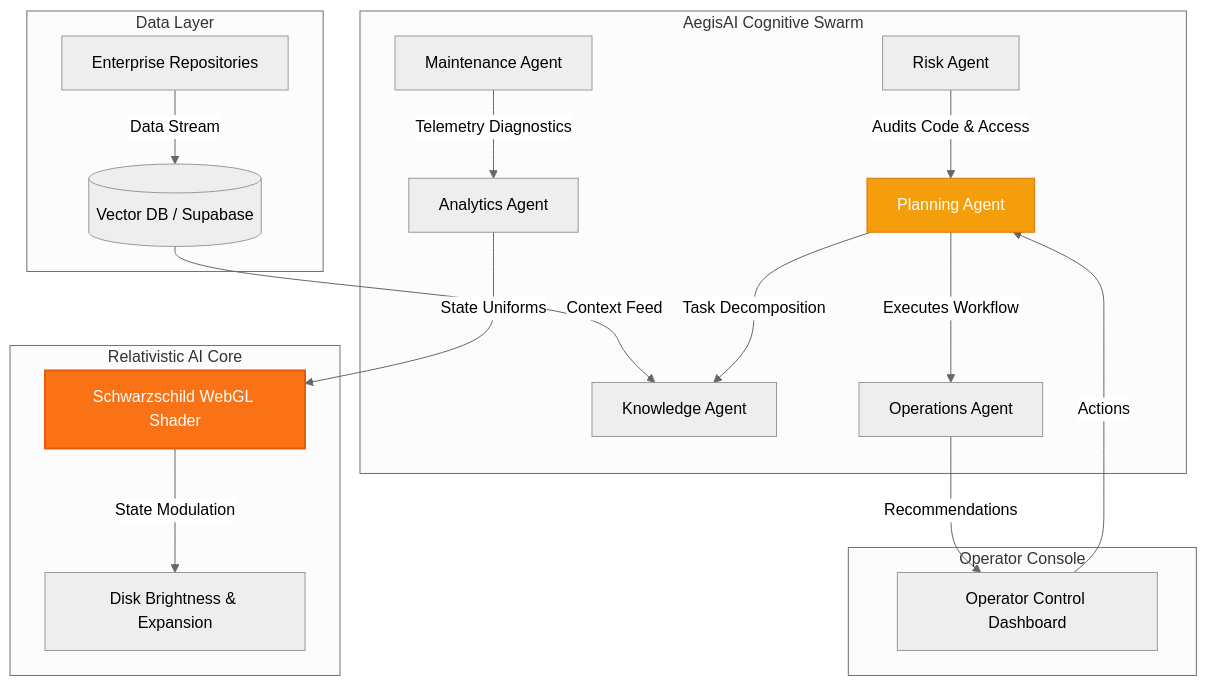
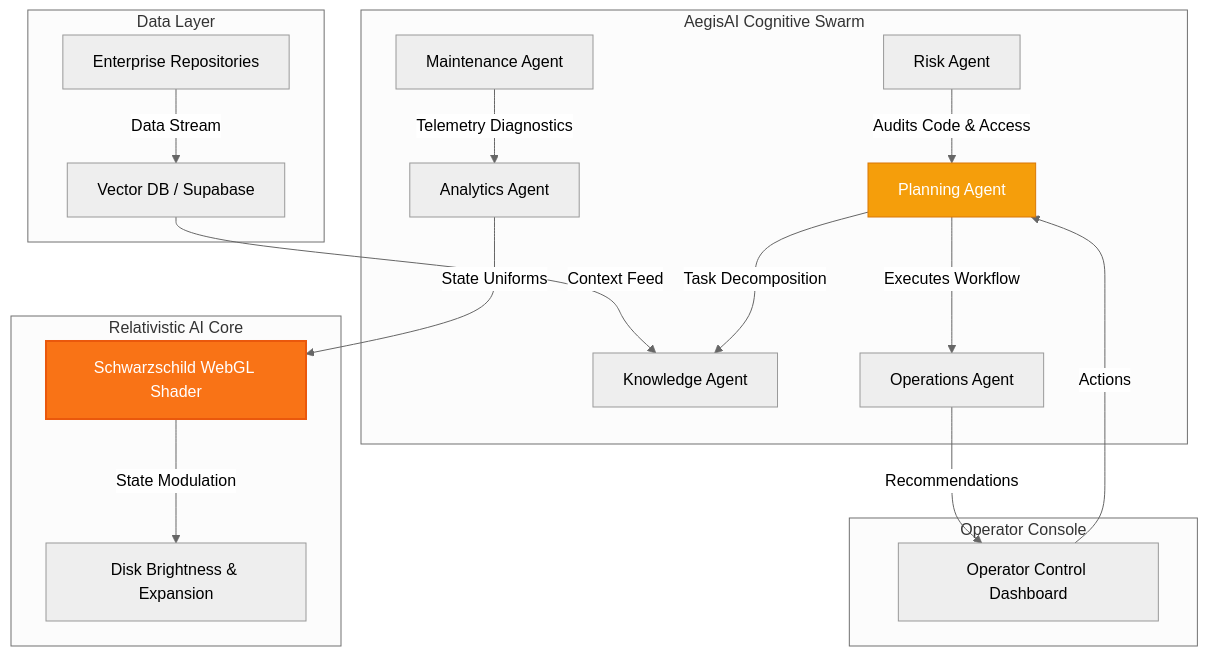
The diagram in README.md (Srujanmirji/aegisAI), drawn with Mermaid (neutral theme) before and after one commit.

Commit message:
docs: fix Mermaid syntax compliance in README.md

````diff
--- a/README.md
+++ b/README.md
@@ -21,27 +21,27 @@
 ```mermaid
 graph TD
     subgraph Data Layer
-        A[Enterprise Repositories] -->|Data Stream| B[(Vector DB / Supabase)]
+        A["Enterprise Repositories"] -->|Data Stream| B["Vector DB / Supabase"]
     end
 
     subgraph AegisAI Cognitive Swarm
-        B -->|Context Feed| C[Knowledge Agent]
-        D[Planning Agent] -->|Task Decomposition| C
-        D -->|Executes Workflow| E[Operations Agent]
-        F[Maintenance Agent] -->|Telemetry Diagnostics| G[Analytics Agent]
-        H[Risk Agent] -->|Audits Code & Access| D
+        B -->|Context Feed| C["Knowledge Agent"]
+        D["Planning Agent"] -->|Task Decomposition| C
+        D -->|Executes Workflow| E["Operations Agent"]
+        F["Maintenance Agent"] -->|Telemetry Diagnostics| G["Analytics Agent"]
+        H["Risk Agent"] -->|Audits Code & Access| D
     end
 
     subgraph Relativistic AI Core
-        I[Schwarzschild WebGL Shader] -->|State Modulation| J[Disk Brightness & Expansion]
+        I["Schwarzschild WebGL Shader"] -->|State Modulation| J["Disk Brightness & Expansion"]
         G -->|State Uniforms| I
     end
 
     subgraph Operator Console
-        E -->|Recommendations| K[Operator Control Dashboard]
+        E -->|Recommendations| K["Operator Control Dashboard"]
         K -->|Actions| D
     end
 
     style I fill:#f97316,stroke:#ea580c,stroke-width:2px,color:#fff
     style D fill:#f59e0b,stroke:#d97706,stroke-width:1px,color:#fff
 ```
````
